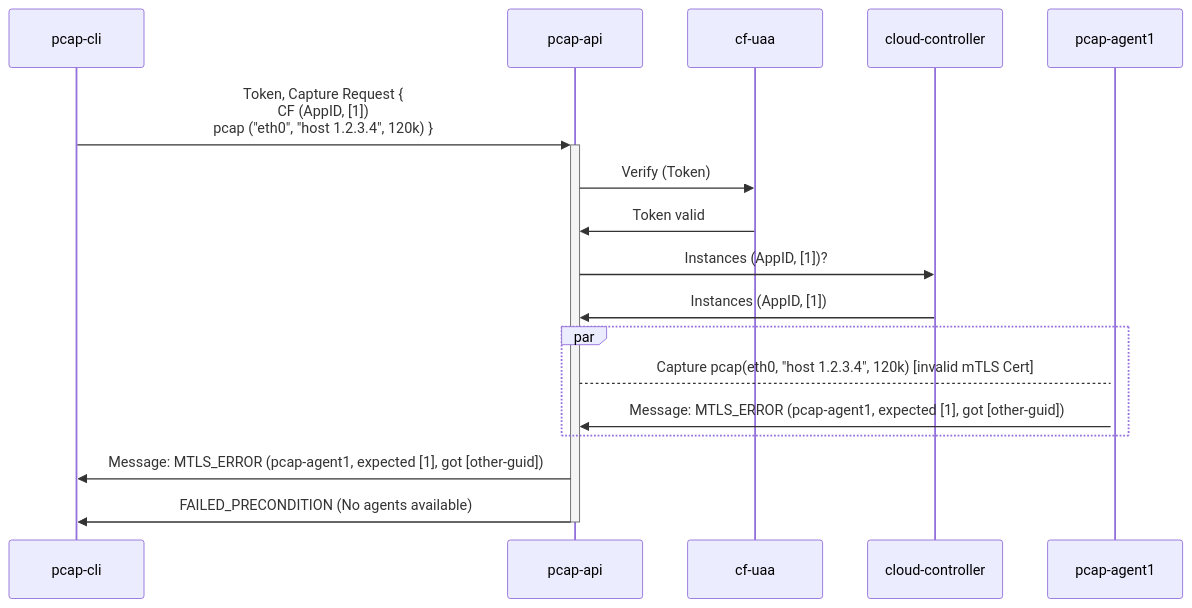
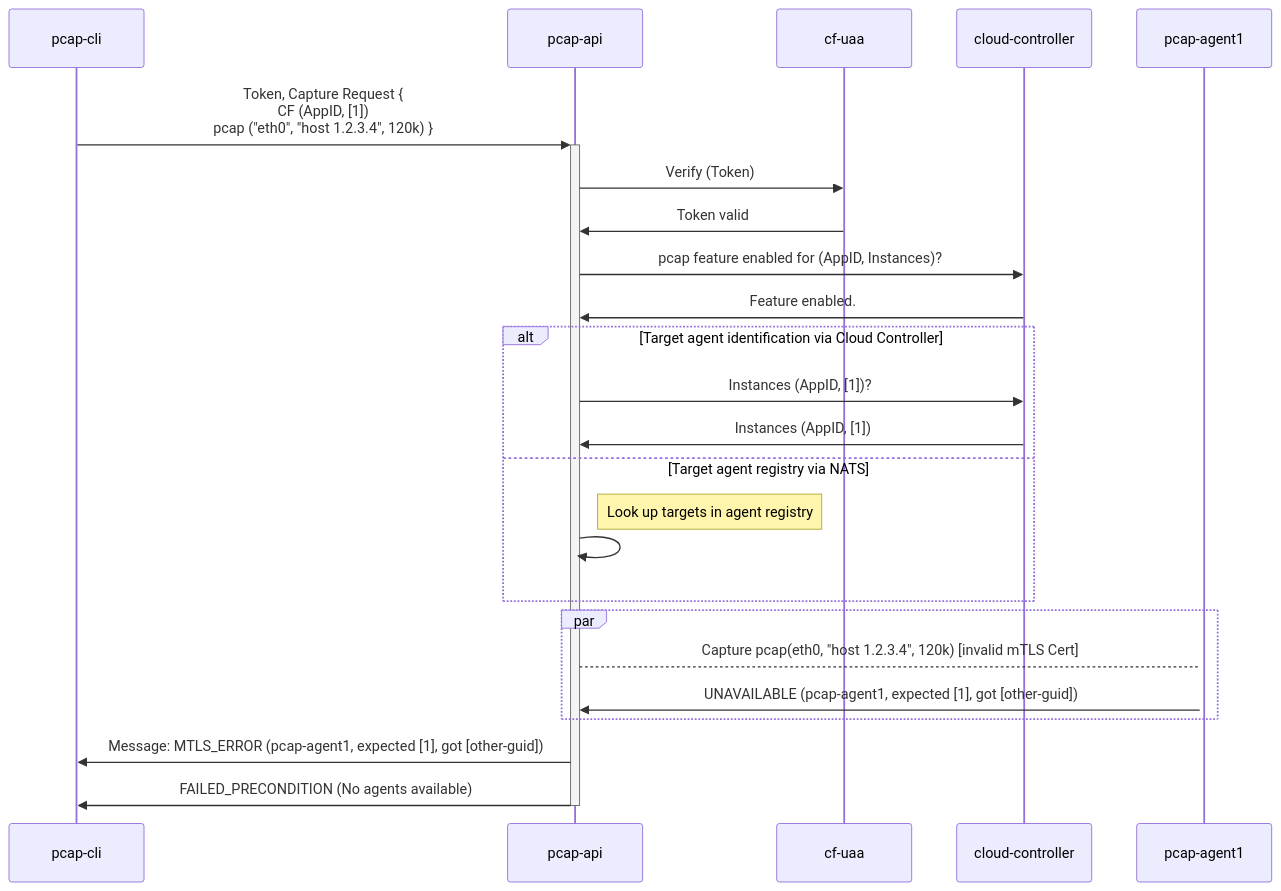
One commit to cloudfoundry/pcap-release changed diagram 17 of 21 in docs/api-communication-spec.md. Above: the diagram before and after it, drawn with Mermaid. The commit also changed other lines of this file, not shown here.

Commit message:
docs(api): Address review comments

````diff
--- a/docs/api-communication-spec.md
+++ b/docs/api-communication-spec.md
@@ -747,16 +875,23 @@
 ```mermaid
 sequenceDiagram
     pcap-cli ->>+ pcap-api: Token, Capture Request {<br/>CF (AppID, [1])<br/>pcap ("eth0", "host 1.2.3.4", 120k) }
     pcap-api ->> cf-uaa: Verify (Token)
     cf-uaa ->> pcap-api: Token valid
-    pcap-api ->> cloud-controller: Instances (AppID, [1])?
-    cloud-controller ->> pcap-api: Instances (AppID, [1])
+    pcap-api ->> cloud-controller: pcap feature enabled for (AppID, Instances)?
+    cloud-controller ->> pcap-api: Feature enabled.
+    alt Target agent identification via Cloud Controller
+        pcap-api ->> cloud-controller: Instances (AppID, [1])?
+        cloud-controller ->> pcap-api: Instances (AppID, [1])
+    else Target agent registry via NATS
+        note right of pcap-api: Look up targets in agent registry
+        pcap-api ->> pcap-api: 
+    end
     par
         pcap-api -->+ pcap-agent1: Capture pcap(eth0, "host 1.2.3.4", 120k) [invalid mTLS Cert]
-        pcap-agent1 ->> pcap-api: Message: MTLS_ERROR (pcap-agent1, expected [1], got [other-guid])
+        pcap-agent1 ->> pcap-api: UNAVAILABLE (pcap-agent1, expected [1], got [other-guid])
     end
 
     pcap-api ->> pcap-cli: Message: MTLS_ERROR (pcap-agent1, expected [1], got [other-guid])
     
     pcap-api ->>- pcap-cli: FAILED_PRECONDITION (No agents available)
 ```
````
